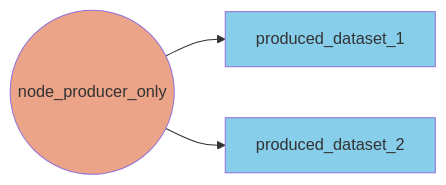
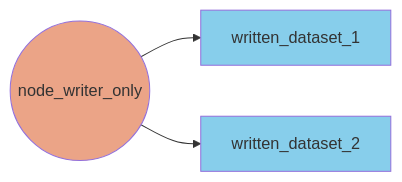
Before and after one commit to aineko-dev/aineko: the first of 3 diagrams in docs/developer_guide/node_implementation.md, drawn with Mermaid. The commit also changed other lines of this file and 33 other files, not shown here.

````diff
--- a/docs/developer_guide/node_implementation.md
+++ b/docs/developer_guide/node_implementation.md
@@ -114,7 +114,7 @@
         ```mermaid
         flowchart LR
         classDef datasetClass fill:#87CEEB
         classDef nodeClass fill:#eba487
-        N_node_producer_only((node_producer_only)):::nodeClass -->  T_produced_dataset_1[produced_dataset_1]:::datasetClass
-        N_node_producer_only((node_producer_only)):::nodeClass -->  T_produced_dataset_2[produced_dataset_2]:::datasetClass
+        N_node_producer_only((node_writer_only)):::nodeClass -->  T_produced_dataset_1[written_dataset_1]:::datasetClass
+        N_node_producer_only((node_writer_only)):::nodeClass -->  T_produced_dataset_2[written_dataset_2]:::datasetClass
         ```
````
